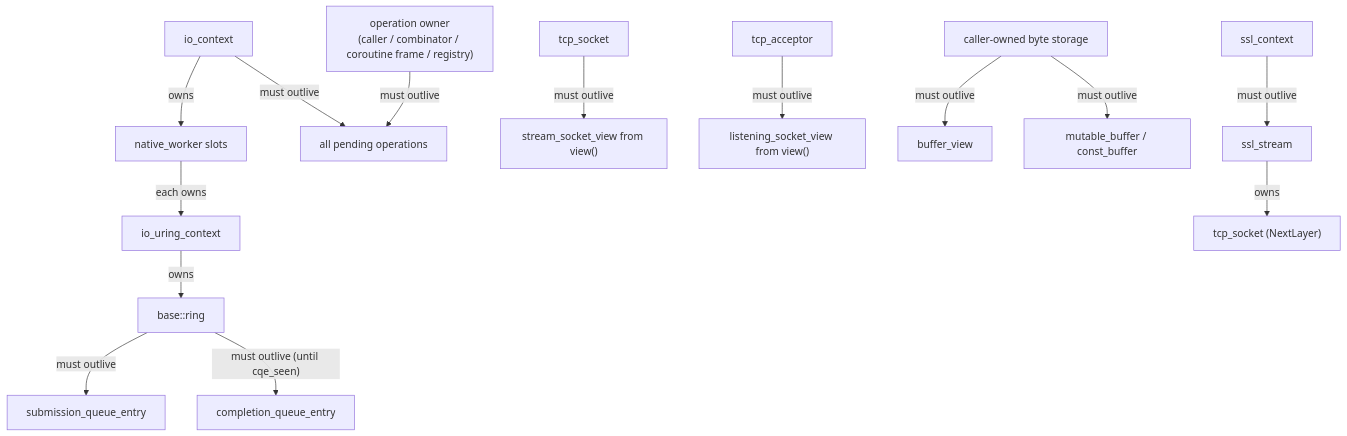
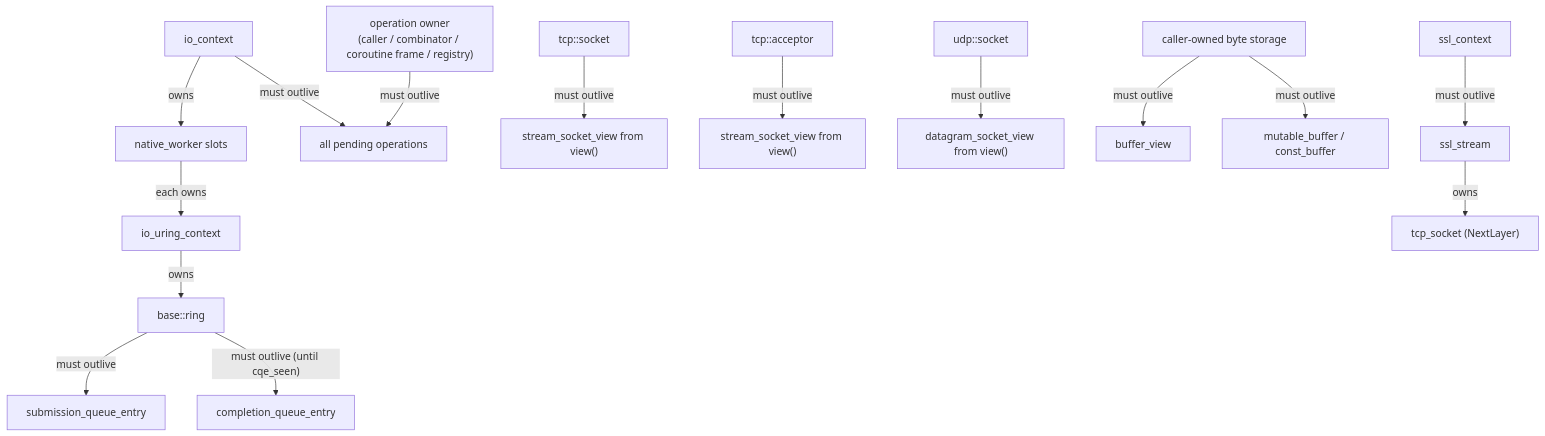
One commit to haomingbai/bnio changed the second of 3 diagrams in docs/design/lifecycle.md. Above: the diagram before and after it, drawn with Mermaid. The commit also changed other lines of this file and 38 other files, not shown here.

````diff
--- a/docs/design/lifecycle.md
+++ b/docs/design/lifecycle.md
@@ -50,21 +51,22 @@
 ```mermaid
 graph TB
     Ctx["io_context"] -->|"owns"| Workers["native_worker slots"]
     Workers -->|"each owns"| UCtx["io_uring_context"]
     UCtx -->|"owns"| Ring["base::ring"]
 
     OpOwner["operation owner<br/>(caller / combinator / coroutine frame / registry)"] -->|"must outlive"| Ops["all pending operations"]
     Ctx -->|"must outlive"| Ops
 
     Ring -->|"must outlive"| SQE["submission_queue_entry"]
     Ring -->|"must outlive (until cqe_seen)"| CQE["completion_queue_entry"]
 
-    TCPSock["tcp_socket"] -->|"must outlive"| SView["stream_socket_view from view()"]
-    TCPAcpt["tcp_acceptor"] -->|"must outlive"| LView["listening_socket_view from view()"]
+    TCPSock["tcp::socket"] -->|"must outlive"| SView["stream_socket_view from view()"]
+    TCPAcpt["tcp::acceptor"] -->|"must outlive"| LView["stream_socket_view from view()"]
+    UDPSock["udp::socket"] -->|"must outlive"| DView["datagram_socket_view from view()"]
 
     UserBuf["caller-owned byte storage"] -->|"must outlive"| BufView["buffer_view"]
     UserBuf -->|"must outlive"| MBuf["mutable_buffer / const_buffer"]
 
     SSLCtx["ssl_context"] -->|"must outlive"| SSLStream["ssl_stream"]
     SSLStream -->|"owns"| Inner["tcp_socket (NextLayer)"]
 ```
````
